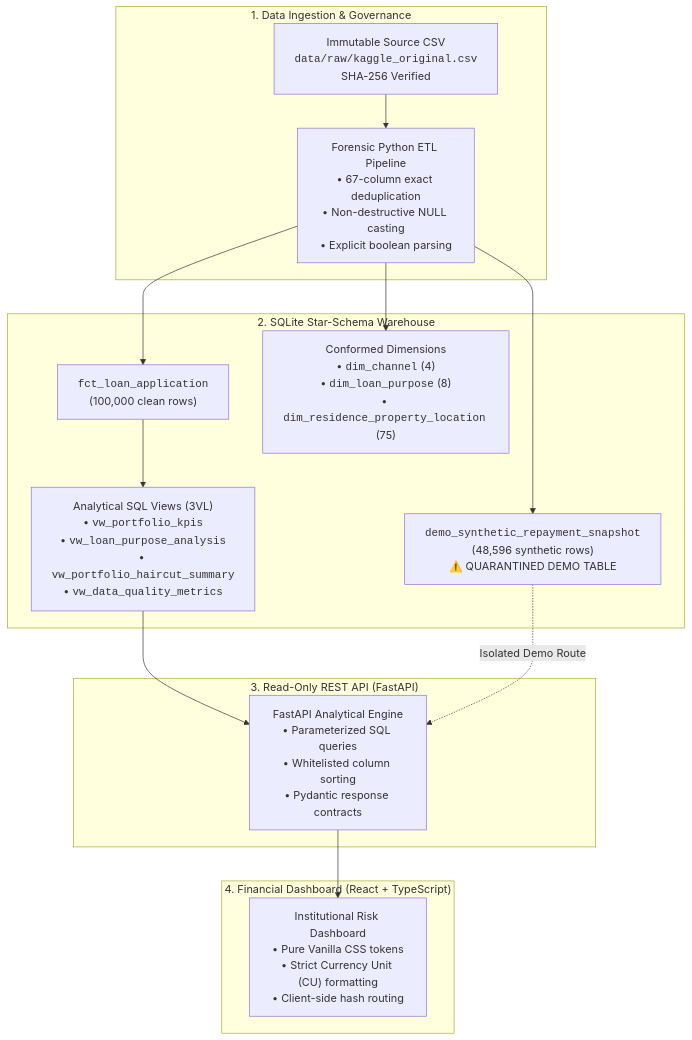
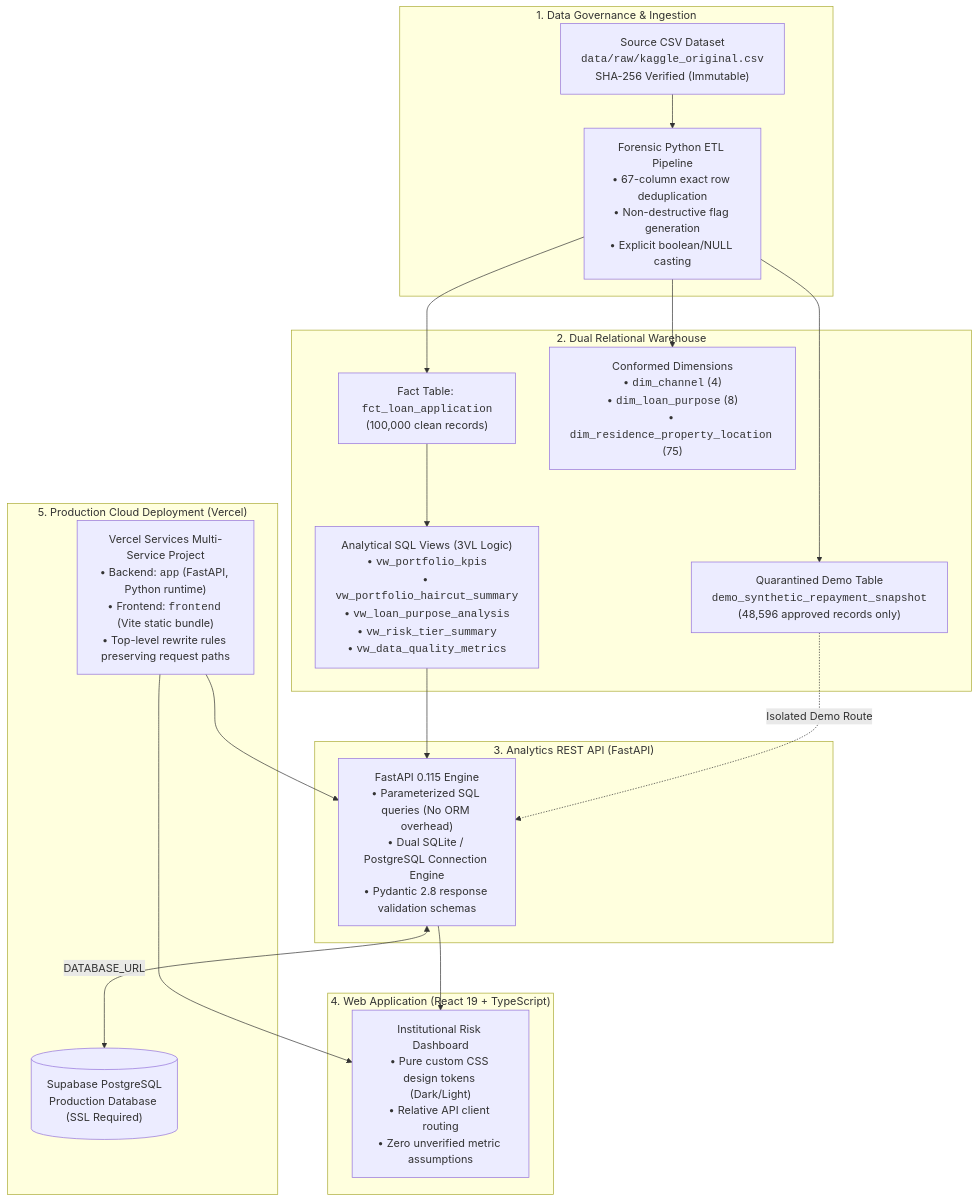
One commit to Aravanant/financial-risk-analysis changed the diagram in README.md. Above: the diagram before and after it, drawn with Mermaid. The commit also changed other lines of this file and 5 other files, not shown here.

Commit message:
Enhance README with portfolio analytics presentation and authentic screenshots

````diff
--- a/README.md
+++ b/README.md
@@ -121,31 +133,40 @@
 ```mermaid
 flowchart TD
-    subgraph Layer1 ["1. Data Ingestion & Governance"]
-        CSV["Immutable Source CSV<br/><code>data/raw/kaggle_original.csv</code><br/>SHA-256 Verified"]
-        ETL["Forensic Python ETL Pipeline<br/>• 67-column exact deduplication<br/>• Non-destructive NULL casting<br/>• Explicit boolean parsing"]
-        CSV --> ETL
+    subgraph S1 ["1. Data Governance & Ingestion"]
+        RAW["Source CSV Dataset<br/><code>data/raw/kaggle_original.csv</code><br/>SHA-256 Verified (Immutable)"]
+        ETL["Forensic Python ETL Pipeline<br/>• 67-column exact row deduplication<br/>• Non-destructive flag generation<br/>• Explicit boolean/NULL casting"]
+        RAW --> ETL
     end
 
-    subgraph Layer2 ["2. SQLite Star-Schema Warehouse"]
-        FCT["<code>fct_loan_application</code><br/>(100,000 clean rows)"]
+    subgraph S2 ["2. Dual Relational Warehouse"]
+        FCT["Fact Table: <code>fct_loan_application</code><br/>(100,000 clean records)"]
         DIMS["Conformed Dimensions<br/>• <code>dim_channel</code> (4)<br/>• <code>dim_loan_purpose</code> (8)<br/>• <code>dim_residence_property_location</code> (75)"]
-        VIEWS["Analytical SQL Views (3VL)<br/>• <code>vw_portfolio_kpis</code><br/>• <code>vw_loan_purpose_analysis</code><br/>• <code>vw_portfolio_haircut_summary</code><br/>• <code>vw_data_quality_metrics</code>"]
-        QUARANTINE["<code>demo_synthetic_repayment_snapshot</code><br/>(48,596 synthetic rows)<br/>⚠️ QUARANTINED DEMO TABLE"]
-        
+        VIEWS["Analytical SQL Views (3VL Logic)<br/>• <code>vw_portfolio_kpis</code><br/>• <code>vw_portfolio_haircut_summary</code><br/>• <code>vw_loan_purpose_analysis</code><br/>• <code>vw_risk_tier_summary</code><br/>• <code>vw_data_quality_metrics</code>"]
+        QUAR["Quarantined Demo Table<br/><code>demo_synthetic_repayment_snapshot</code><br/>(48,596 approved records only)"]
+
         ETL --> FCT
         ETL --> DIMS
-        ETL --> QUARANTINE
+        ETL --> QUAR
         FCT --> VIEWS
     end
 
-    subgraph Layer3 ["3. Read-Only REST API (FastAPI)"]
-        API["FastAPI Analytical Engine<br/>• Parameterized SQL queries<br/>• Whitelisted column sorting<br/>• Pydantic response contracts"]
+    subgraph S3 ["3. Analytics REST API (FastAPI)"]
+        API["FastAPI 0.115 Engine<br/>• Parameterized SQL queries (No ORM overhead)<br/>• Dual SQLite / PostgreSQL Connection Engine<br/>• Pydantic 2.8 response validation schemas"]
         VIEWS --> API
-        QUARANTINE -.->|Isolated Demo Route| API
+        QUAR -.->|Isolated Demo Route| API
     end
 
-    subgraph Layer4 ["4. Financial Dashboard (React + TypeScript)"]
-        UI["Institutional Risk Dashboard<br/>• Pure Vanilla CSS tokens<br/>• Strict Currency Unit (CU) formatting<br/>• Client-side hash routing"]
+    subgraph S4 ["4. Web Application (React 19 + TypeScript)"]
+        UI["Institutional Risk Dashboard<br/>• Pure custom CSS design tokens (Dark/Light)<br/>• Relative API client routing<br/>• Zero unverified metric assumptions"]
         API --> UI
     end
+
+    subgraph S5 ["5. Production Cloud Deployment (Vercel)"]
+        VERCEL["Vercel Services Multi-Service Project<br/>• Backend: <code>app</code> (FastAPI, Python runtime)<br/>• Frontend: <code>frontend</code> (Vite static bundle)<br/>• Top-level rewrite rules preserving request paths"]
+        SUPABASE[("Supabase PostgreSQL<br/>Production Database (SSL Required)")]
+
+        VERCEL --> UI
+        VERCEL --> API
+        API <-->|DATABASE_URL| SUPABASE
+    end
 ```
````
